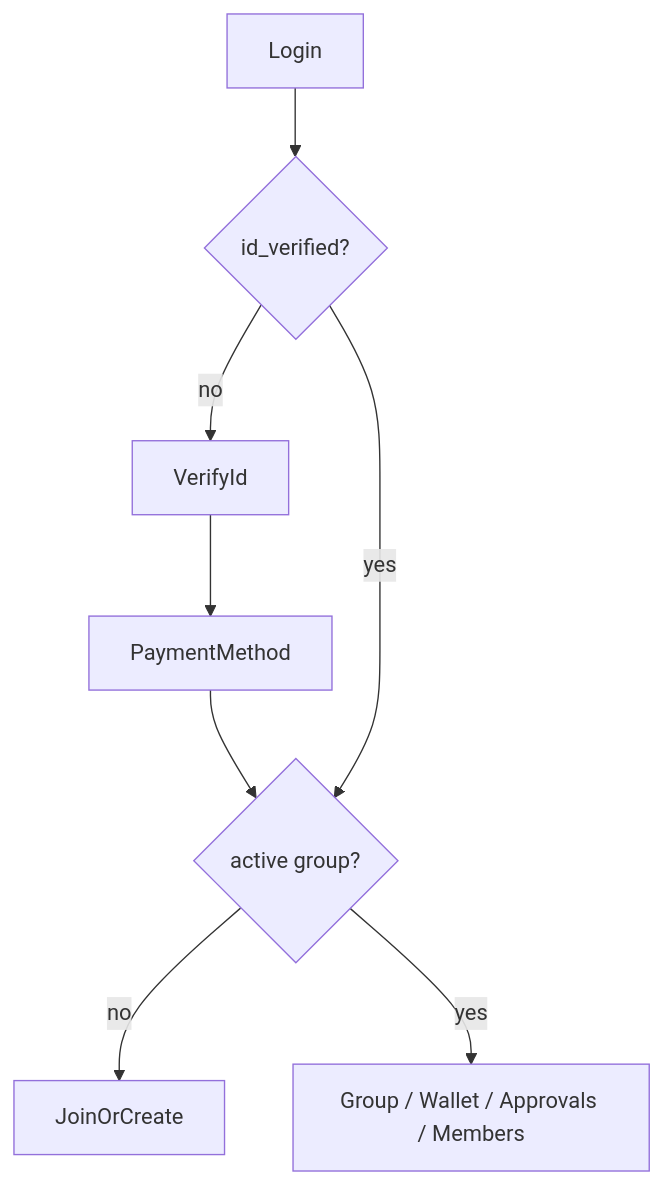
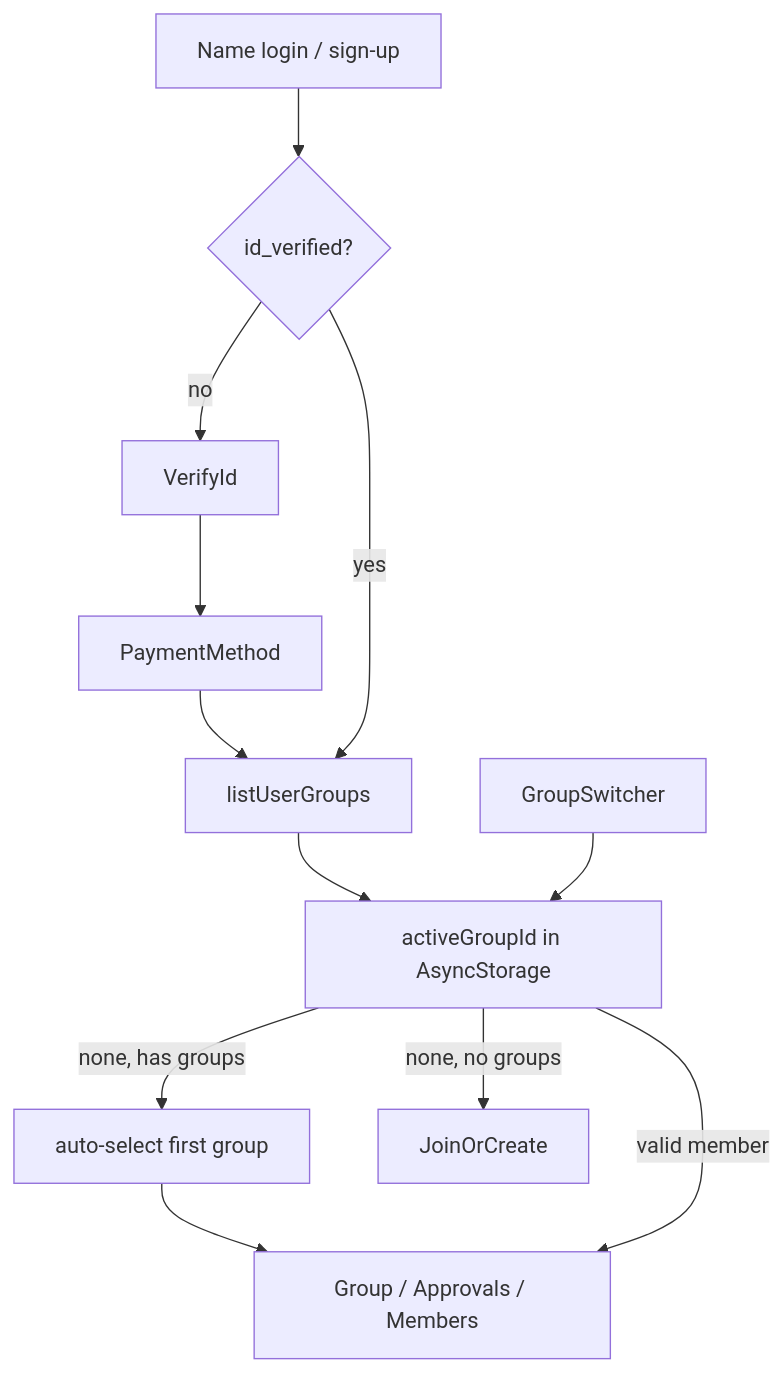
Before and after one commit to krecony/float: the second of 2 diagrams in docs/ARCHITECTURE.md, drawn with Mermaid. The commit also changed other lines of this file and 22 other files, not shown here.

````diff
--- a/docs/ARCHITECTURE.md
+++ b/docs/ARCHITECTURE.md
@@ -49,10 +49,14 @@
 ```mermaid
 flowchart TD
-  Login --> Verified{id_verified?}
+  Login[Name login / sign-up] --> Verified{id_verified?}
   Verified -->|no| VerifyId
   VerifyId --> PaymentMethod
-  PaymentMethod --> HasGroup{active group?}
-  Verified -->|yes| HasGroup
-  HasGroup -->|no| JoinOrCreate
-  HasGroup -->|yes| Tabs[Group / Wallet / Approvals / Members]
+  PaymentMethod --> ListGroups[listUserGroups]
+  Verified -->|yes| ListGroups
+  ListGroups --> ActiveId[activeGroupId in AsyncStorage]
+  ActiveId -->|none, has groups| PickFirst[auto-select first group]
+  ActiveId -->|none, no groups| JoinOrCreate
+  PickFirst --> Tabs[Group / Approvals / Members]
+  ActiveId -->|valid member| Tabs
+  Switcher[GroupSwitcher] --> ActiveId
 ```
````
